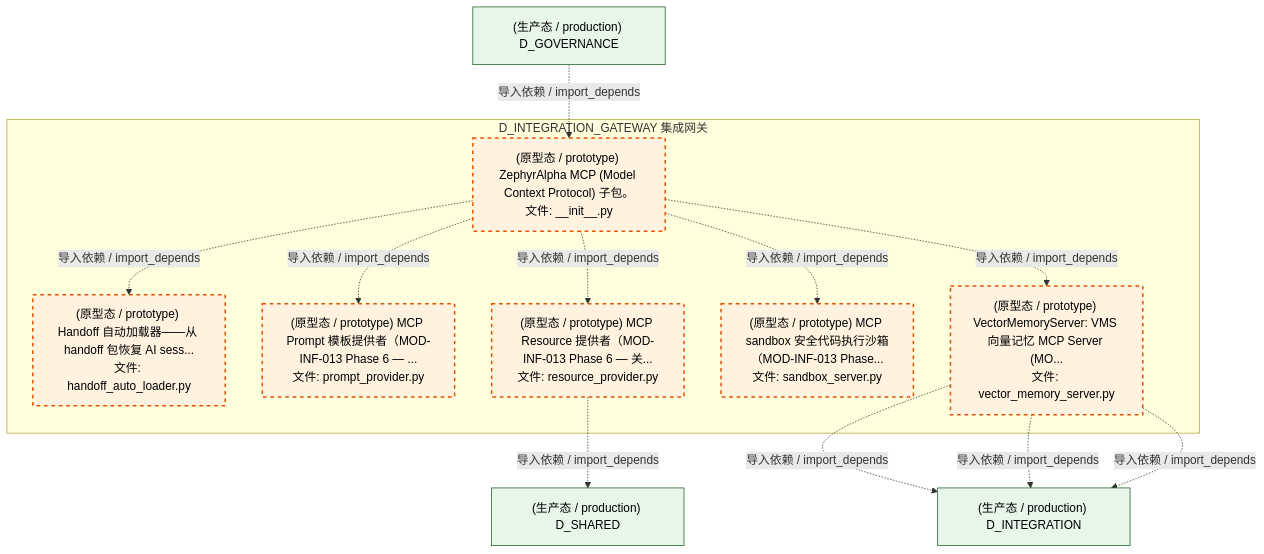
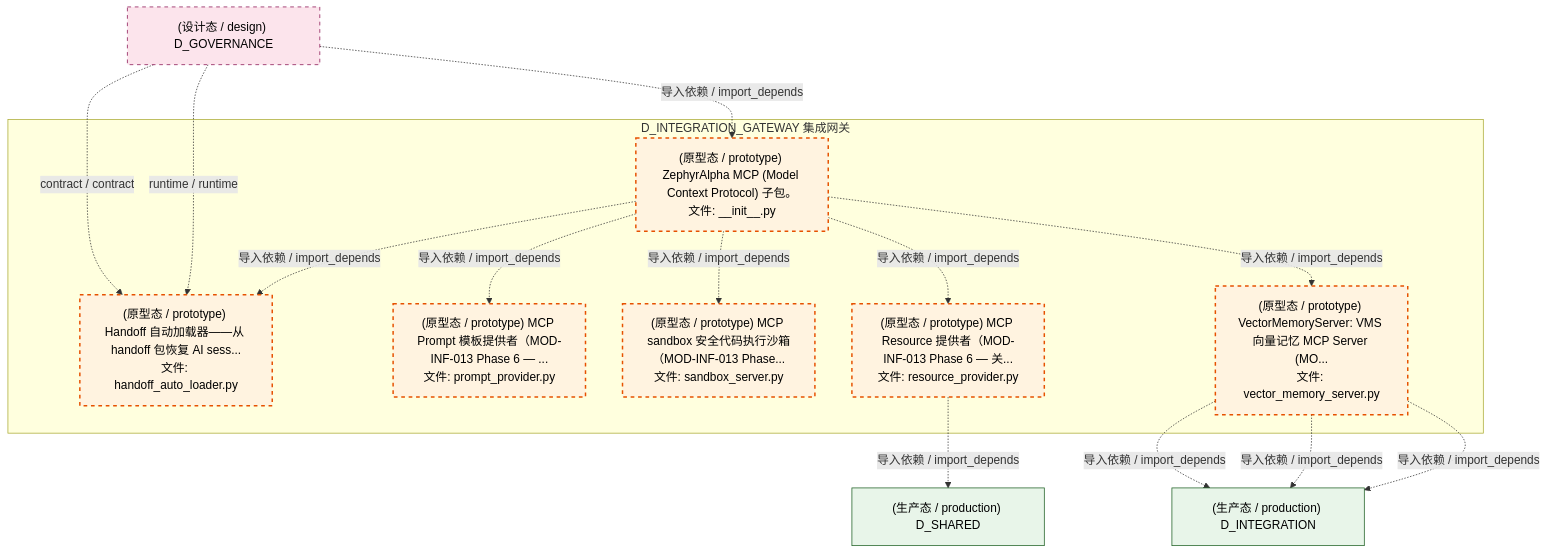
One commit to xuanFelixVan/ZephyrAlpha changed the third of 4 diagrams in docs/02_enterprise_architecture/02_domain_architecture_docs/13_d_integration_gateway.md. Above: the diagram before and after it, drawn with Mermaid. The commit also changed other lines of this file and 100 other files, not shown here.

````diff
--- a/docs/02_enterprise_architecture/02_domain_architecture_docs/13_d_integration_gateway.md
+++ b/docs/02_enterprise_architecture/02_domain_architecture_docs/13_d_integration_gateway.md
@@ -257,30 +259,33 @@
 ```mermaid
 graph TD
     subgraph D_INTEGRATION_GATEWAY["D_INTEGRATION_GATEWAY 集成网关"]
         src_zephyr_integration_mcp_init_py["(原型态 / prototype) ZephyrAlpha MCP (Model Context Protocol) 子包。<br/>文件: __init__.py"]
         src_zephyr_integration_mcp_handoff_auto_loader_py["(原型态 / prototype) Handoff 自动加载器——从 handoff 包恢复 AI sess...<br/>文件: handoff_auto_loader.py"]
         src_zephyr_integration_mcp_prompt_provider_py["(原型态 / prototype) MCP Prompt 模板提供者（MOD-INF-013 Phase 6 — ...<br/>文件: prompt_provider.py"]
         src_zephyr_integration_mcp_resource_provider_py["(原型态 / prototype) MCP Resource 提供者（MOD-INF-013 Phase 6 — 关...<br/>文件: resource_provider.py"]
         src_zephyr_integration_mcp_sandbox_server_py["(原型态 / prototype) MCP sandbox 安全代码执行沙箱（MOD-INF-013 Phase...<br/>文件: sandbox_server.py"]
         src_zephyr_integration_mcp_vector_memory_server_py["(原型态 / prototype) VectorMemoryServer: VMS 向量记忆 MCP Server (MO...<br/>文件: vector_memory_server.py"]
     end
     src_zephyr_integration_mcp_init_py -.->|导入依赖 / import_depends| src_zephyr_integration_mcp_handoff_auto_loader_py
+    src_zephyr_integration_mcp_init_py -.->|导入依赖 / import_depends| src_zephyr_integration_mcp_prompt_provider_py
     src_zephyr_integration_mcp_init_py -.->|导入依赖 / import_depends| src_zephyr_integration_mcp_sandbox_server_py
     src_zephyr_integration_mcp_init_py -.->|导入依赖 / import_depends| src_zephyr_integration_mcp_resource_provider_py
-    src_zephyr_integration_mcp_init_py -.->|导入依赖 / import_depends| src_zephyr_integration_mcp_prompt_provider_py
     src_zephyr_integration_mcp_init_py -.->|导入依赖 / import_depends| src_zephyr_integration_mcp_vector_memory_server_py
     D_SHARED["(生产态 / production) D_SHARED"]
     src_zephyr_integration_mcp_resource_provider_py -.->|导入依赖 / import_depends| D_SHARED
     D_INTEGRATION["(生产态 / production) D_INTEGRATION"]
     src_zephyr_integration_mcp_vector_memory_server_py -.->|导入依赖 / import_depends| D_INTEGRATION
     src_zephyr_integration_mcp_vector_memory_server_py -.->|导入依赖 / import_depends| D_INTEGRATION
     src_zephyr_integration_mcp_vector_memory_server_py -.->|导入依赖 / import_depends| D_INTEGRATION
-    D_GOVERNANCE["(生产态 / production) D_GOVERNANCE"]
+    D_GOVERNANCE["(设计态 / design) D_GOVERNANCE"]
+    D_GOVERNANCE -.->|contract / contract| src_zephyr_integration_mcp_handoff_auto_loader_py
+    D_GOVERNANCE -.->|runtime / runtime| src_zephyr_integration_mcp_handoff_auto_loader_py
     D_GOVERNANCE -.->|导入依赖 / import_depends| src_zephyr_integration_mcp_init_py
     classDef production fill:#e1f5fe,stroke:#01579b,stroke-width:2px,color:#000
     classDef design fill:#fff3e0,stroke:#e65100,stroke-width:2px,color:#000,stroke-dasharray: 5 5
     classDef external_prod fill:#e8f5e9,stroke:#1b5e20,stroke-width:1px,color:#000
     classDef external_design fill:#fce4ec,stroke:#880e4f,stroke-width:1px,color:#000,stroke-dasharray: 5 5
     class src_zephyr_integration_mcp_init_py,src_zephyr_integration_mcp_handoff_auto_loader_py,src_zephyr_integration_mcp_prompt_provider_py,src_zephyr_integration_mcp_resource_provider_py,src_zephyr_integration_mcp_sandbox_server_py,src_zephyr_integration_mcp_vector_memory_server_py design
-    class D_SHARED,D_INTEGRATION,D_GOVERNANCE external_prod
+    class D_SHARED,D_INTEGRATION external_prod
+    class D_GOVERNANCE external_design
 ```
````
